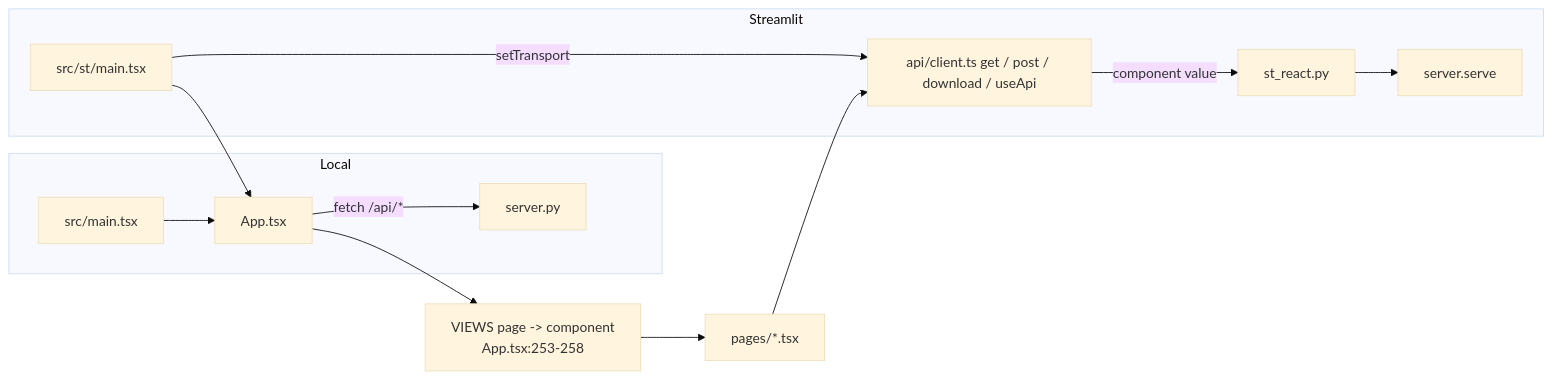
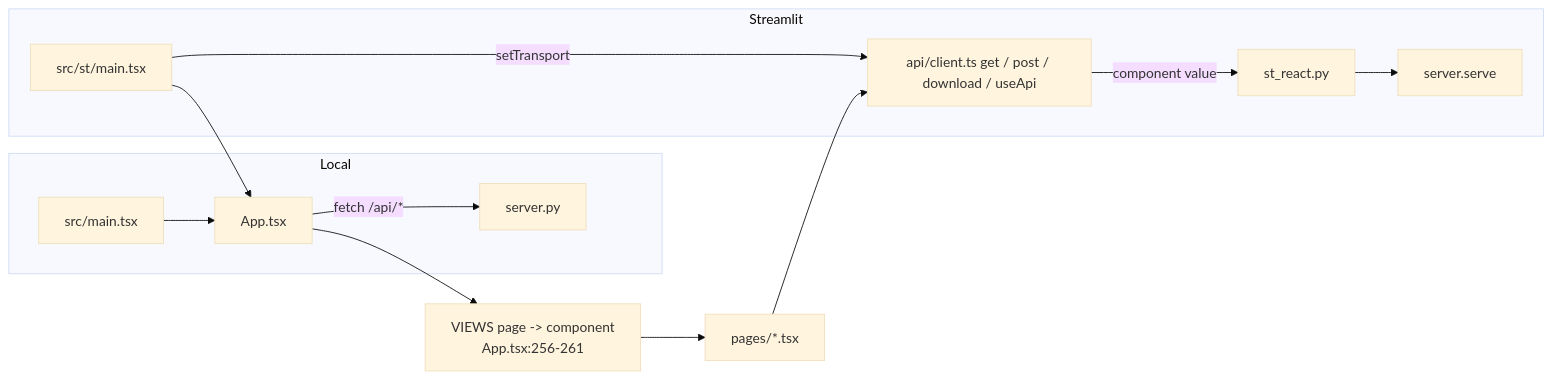
Before and after one commit to darshanmeel/snowflake-access-explorer: the diagram in snowflake-access-explorer-knowledge-graph/modules/web.md, drawn with Mermaid (base theme). The commit also changed other lines of this file and 86 other files, not shown here.

First line of the commit message:
Knowledge graph up to a71221c: paged pages, lazy graph boxes, read order, What changed at refresh, load steps

````diff
--- a/snowflake-access-explorer-knowledge-graph/modules/web.md
+++ b/snowflake-access-explorer-knowledge-graph/modules/web.md
@@ -6,14 +6,14 @@
 ```mermaid
 flowchart LR
   subgraph Local
     M[src/main.tsx] --> APP
     APP -->|fetch /api/*| SRV[server.py]
   end
   subgraph Streamlit
     SM[src/st/main.tsx] -->|setTransport| CL
     SM --> APP
     CL -->|component value| STR[st_react.py] --> SRV2[server.serve]
   end
-  APP[App.tsx] --> V[VIEWS page -> component<br/>App.tsx:253-258]
+  APP[App.tsx] --> V[VIEWS page -> component<br/>App.tsx:256-261]
   V --> P[pages/*.tsx] --> CL[api/client.ts get / post / download / useApi]
 ```
````
